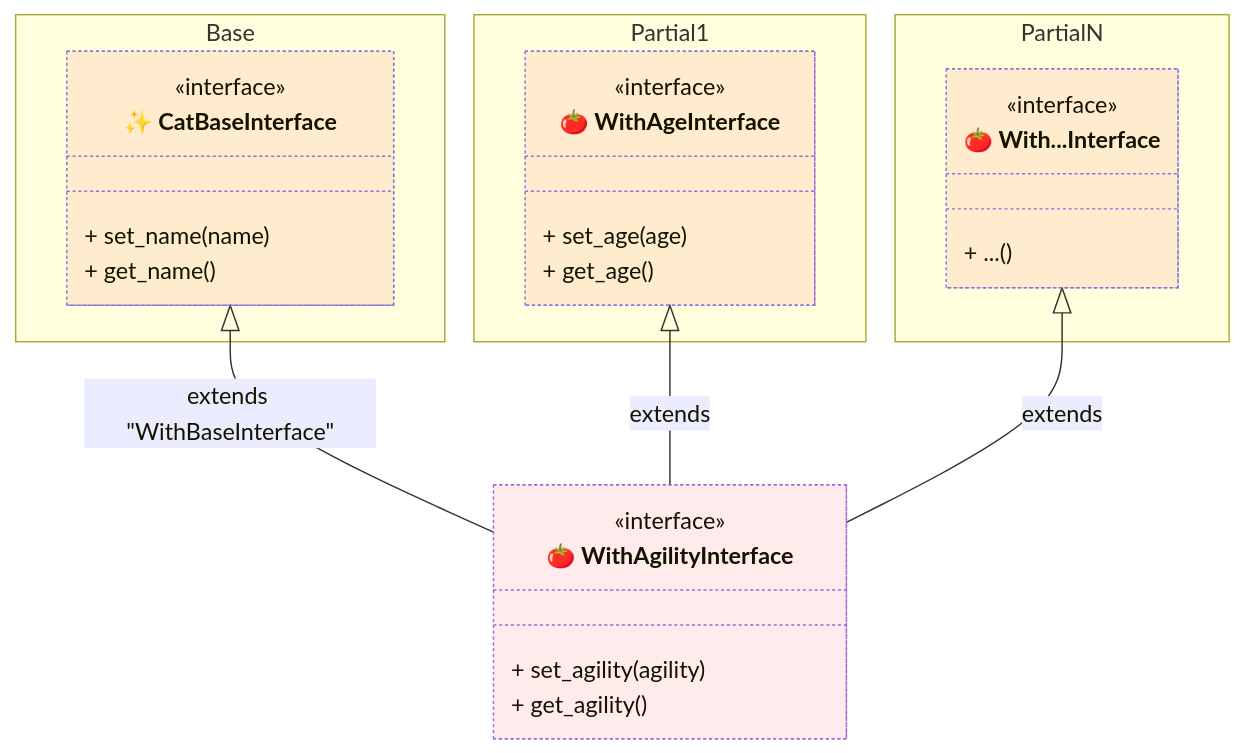
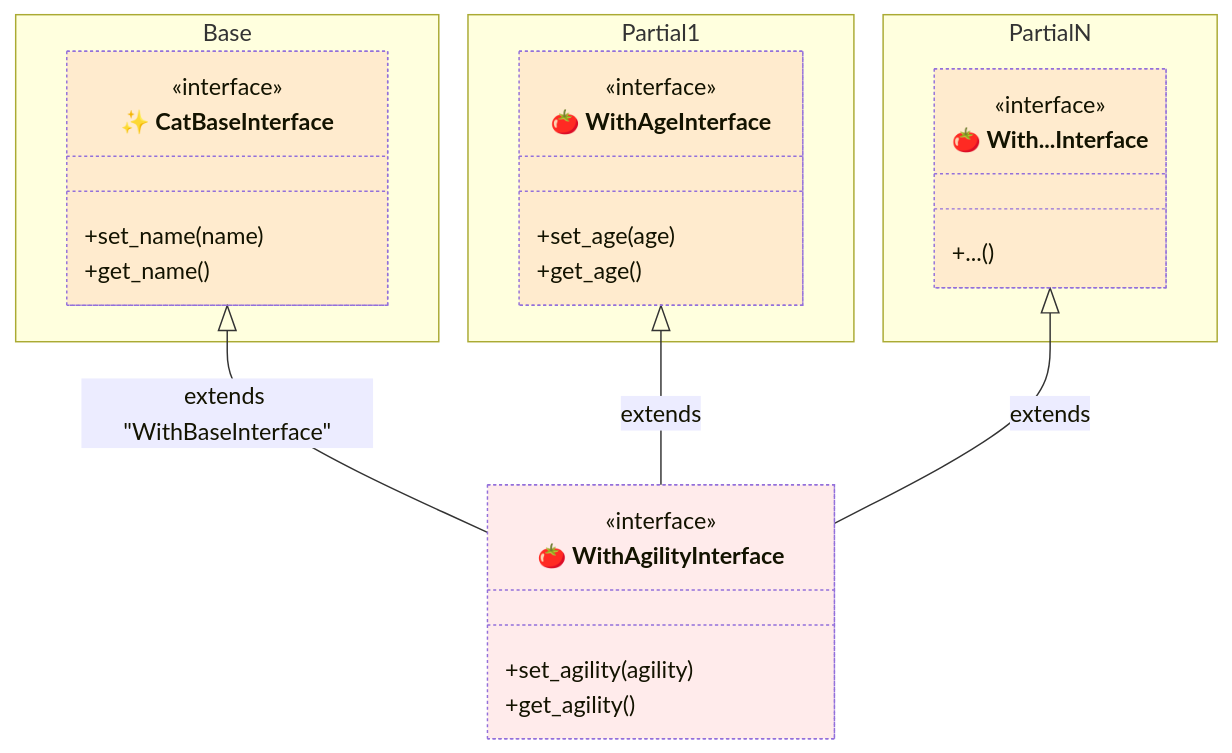
Before and after one commit to thecodecrate/python-pipeline: the seventh of 12 diagrams in tests/spec-001--class-composition-with-partial-classes.md, drawn with Mermaid. The commit also changed other lines of this file, not shown here.

````diff
--- a/tests/spec-001--class-composition-with-partial-classes.md
+++ b/tests/spec-001--class-composition-with-partial-classes.md
@@ -312,48 +335,49 @@
 ```mermaid
 classDiagram
     namespace Base {
         class Interface1["✨ CatBaseInterface"] {
             <<interface>>
-            + set_name(name)
-            + get_name()
+            +set_name(name)
+            +get_name()
         }
     }
 
     namespace Partial1 {
         class Interface2["🍅 WithAgeInterface"] {
             <<interface>>
-            + set_age(age)
-            + get_age()
+            +set_age(age)
+            +get_age()
         }
     }
 
     namespace PartialN {
         class Interface3["🍅 With...Interface"] {
             <<interface>>
-            + ...()
+            +...()
         }
     }
 
     class Interface4["🍅 WithAgilityInterface"] {
         <<interface>>
-        + set_agility(agility)
-        + get_agility()
+        +set_agility(agility)
+        +get_agility()
     }
 
     %% Relationships
     Interface1 <|-- Interface4 : extends "WithBaseInterface"
     Interface2 <|-- Interface4 : extends
     Interface3 <|-- Interface4 : extends
 
     %% Apply Styles
-    style Base fill:#ffff6020, stroke-dasharray: 5 5
-    style Composed bugfix:#111, stroke-width:2px, font-weight: bold
-    style Partial1 bugfix:#111, stroke-dasharray: 5 5
-    style Partial2 bugfix:#111, stroke-dasharray: 5 5
-    style Partial3 bugfix:#111, stroke-dasharray: 5 5
-    style Partial4 bugfix:#111, stroke-dasharray: 5 5
+    style Base_ fill:#ffff6020, stroke-dasharray: 5 5
+    style Composed_ bugfix:#111, stroke-width:2px, font-weight: bold
+    style External1 bugfix:#111, stroke-width:2px, font-weight: bold
+    style Partial1_ fill:#60ff6020, stroke-dasharray: 5 5
+    style Partial2_ fill:#60ff6020, stroke-dasharray: 5 5
+    style Partial3_ fill:#60ff6020, stroke-dasharray: 5 5
+    style Partial4_ fill:#60ff6020, stroke-dasharray: 5 5
     style Interface1 fill:#ff606020, stroke-dasharray: 2 2
     style Interface2 fill:#ff606020, stroke-dasharray: 2 2
     style Interface3 fill:#ff606020, stroke-dasharray: 2 2
     style Interface4 fill:#ff606020, stroke-dasharray: 2 2
 ```
````
